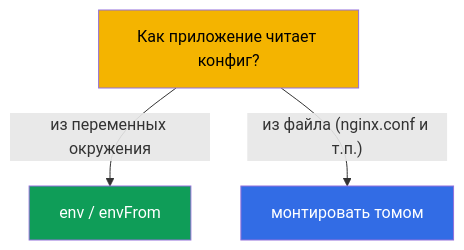
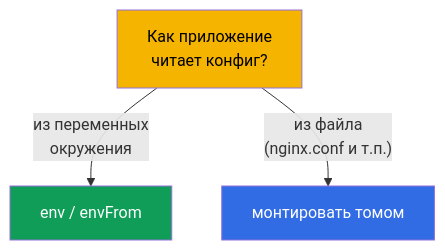
The fourth of 5 diagrams in tasks/cka/course/18/ru.md (ViktorUJ/cks), drawn with Mermaid before and after one commit. The commit also changed other lines of this file, not shown here.

````diff
--- a/tasks/cka/course/18/ru.md
+++ b/tasks/cka/course/18/ru.md
@@ -160,9 +161,9 @@
 ```mermaid
 flowchart TB
-    q["Как приложение читает конфиг?"]
-    q -->|"из переменных окружения"| env["env / envFrom"]
-    q -->|"из файла (nginx.conf и т.п.)"| vol["монтировать томом"]
+    q["Как приложение<br>читает конфиг?"]
+    q -->|"из переменных<br>окружения"| env["env / envFrom"]
+    q -->|"из файла<br>(nginx.conf и т.п.)"| vol["монтировать томом"]
     style q fill:#f4b400,color:#000
     style env fill:#0f9d58,color:#fff
     style vol fill:#326ce5,color:#fff
 ```
````
